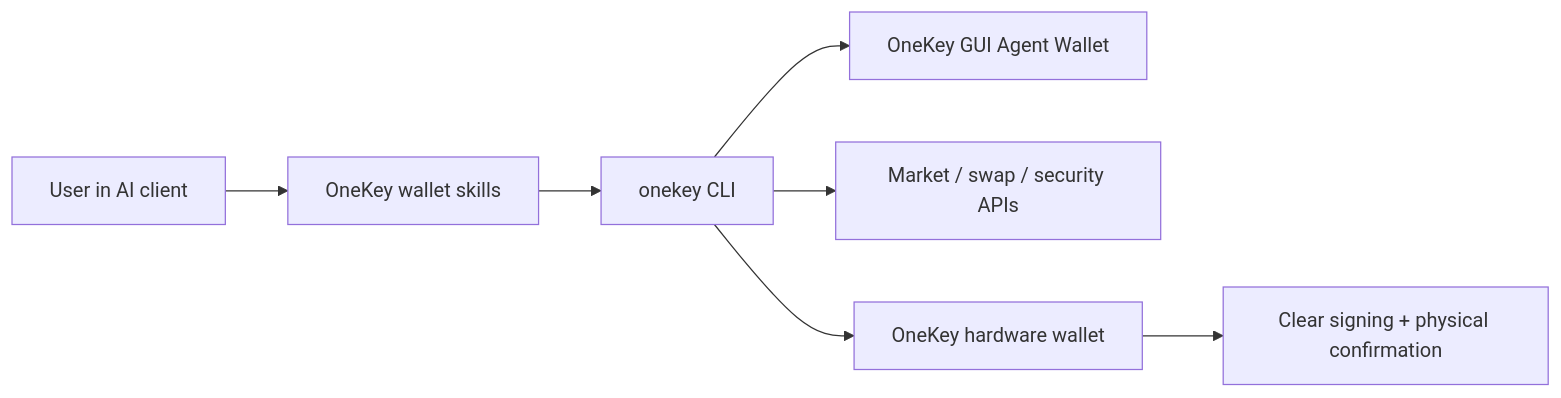
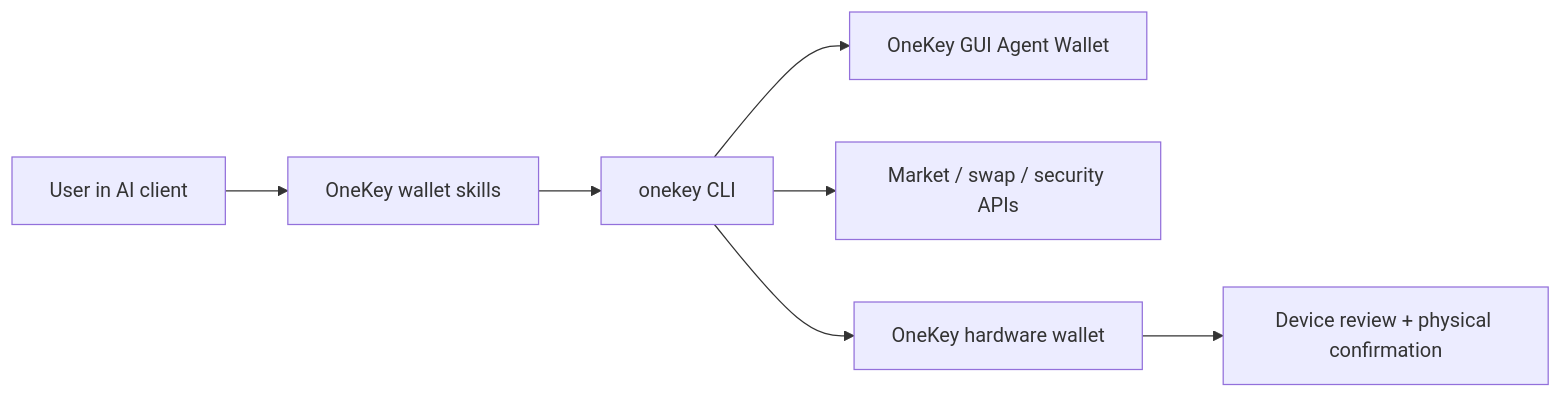
One commit to OneKeyHQ/hardware-js-sdk changed the diagram in packages/connect-examples/developer-portal/content/en/agent-wallet/overview.mdx. Above: the diagram before and after it, drawn with Mermaid. The commit also changed other lines of this file and 719 other files, not shown here.

````diff
--- a/packages/connect-examples/developer-portal/content/en/agent-wallet/overview.mdx
+++ b/packages/connect-examples/developer-portal/content/en/agent-wallet/overview.mdx
@@ -24,9 +27,9 @@
 ```mermaid
 flowchart LR
   User["User in AI client"] --> Skill["OneKey wallet skills"]
   Skill --> CLI["onekey CLI"]
   CLI --> GUI["OneKey GUI Agent Wallet"]
   CLI --> Market["Market / swap / security APIs"]
   CLI --> Hardware["OneKey hardware wallet"]
-  Hardware --> Confirm["Clear signing + physical confirmation"]
+  Hardware --> Confirm["Device review + physical confirmation"]
 ```
````
